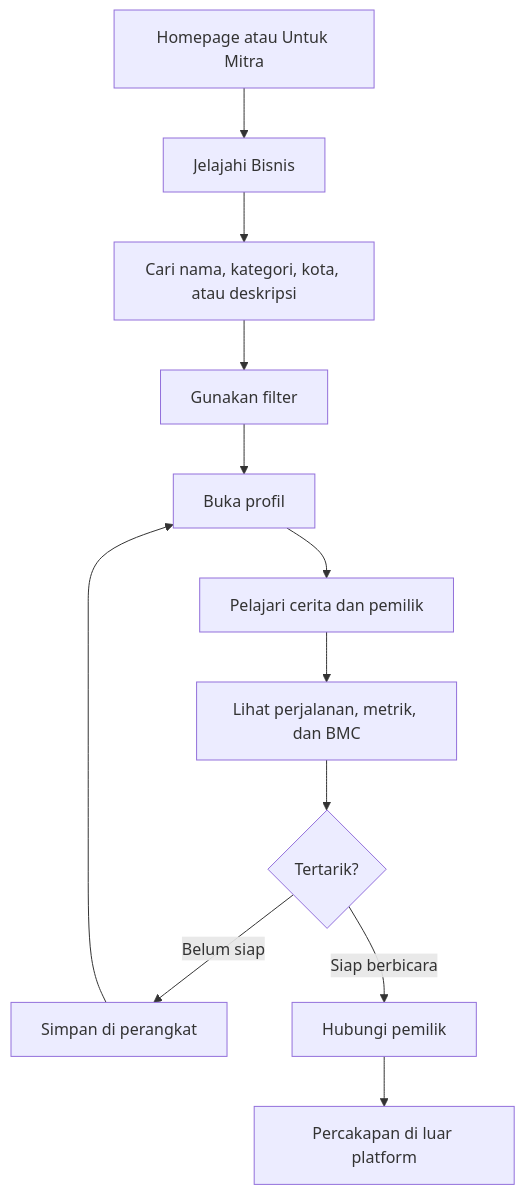
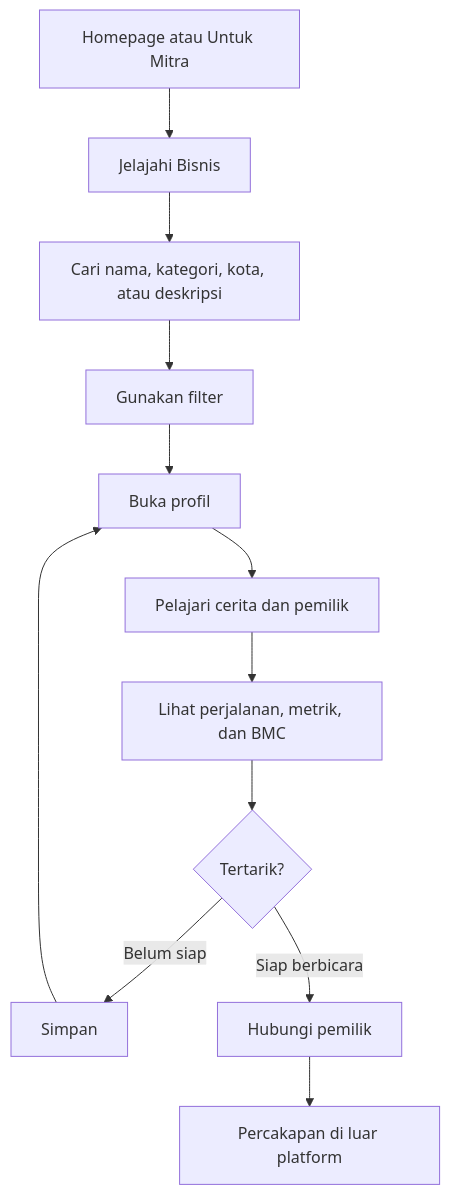
Before and after one commit to abnibsth/lumora: the third of 6 diagrams in README.md, drawn with Mermaid. The commit also changed other lines of this file, not shown here.

````diff
--- a/README.md
+++ b/README.md
@@ -114,14 +119,14 @@
 ```mermaid
 flowchart TD
     A[Homepage atau Untuk Mitra] --> B[Jelajahi Bisnis]
     B --> C[Cari nama, kategori, kota, atau deskripsi]
     C --> D[Gunakan filter]
     D --> E[Buka profil]
     E --> F[Pelajari cerita dan pemilik]
     F --> G[Lihat perjalanan, metrik, dan BMC]
     G --> H{Tertarik?}
-    H -->|Belum siap| I[Simpan di perangkat]
+    H -->|Belum siap| I[Simpan]
     H -->|Siap berbicara| J[Hubungi pemilik]
     I --> E
     J --> K[Percakapan di luar platform]
 ```
````
